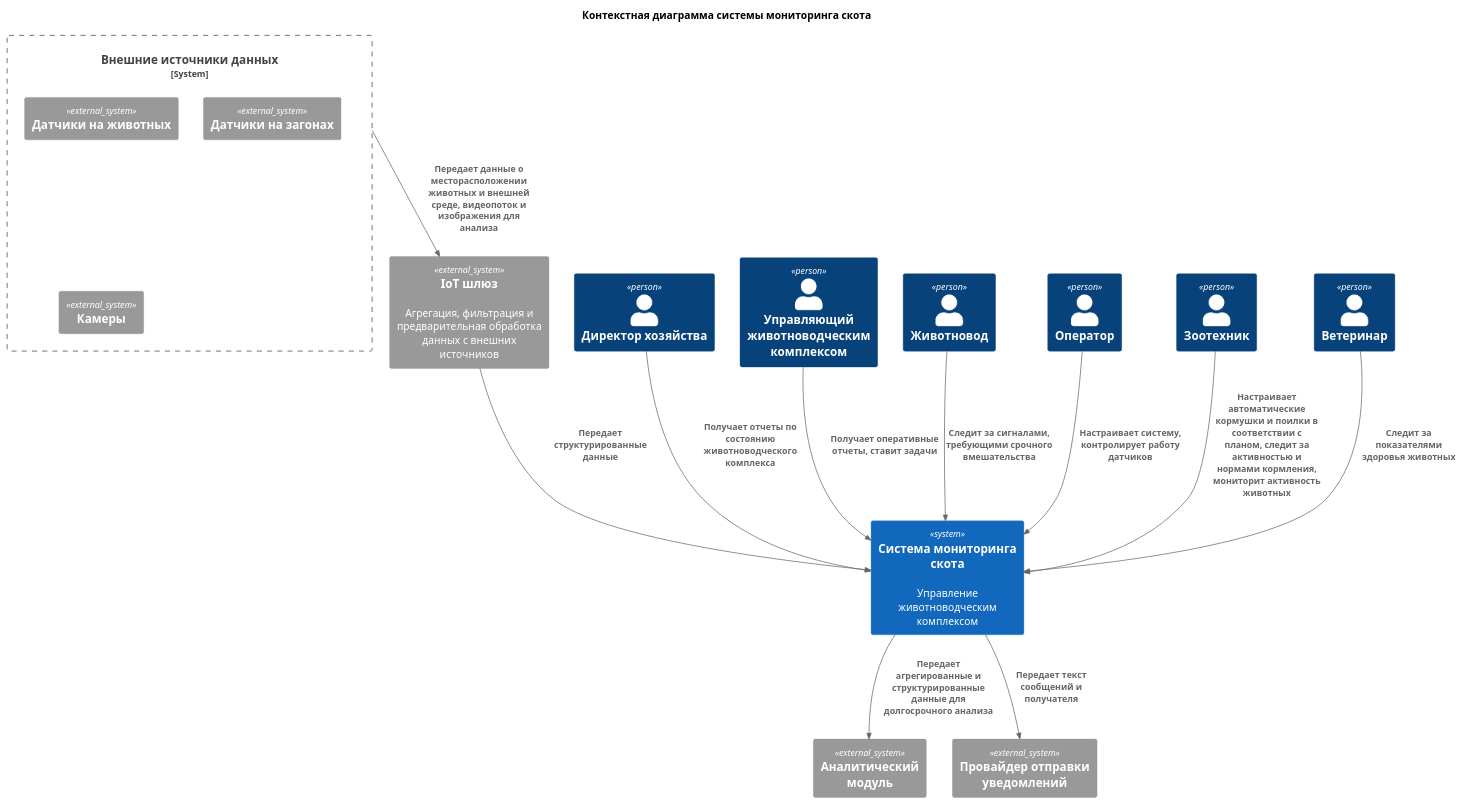
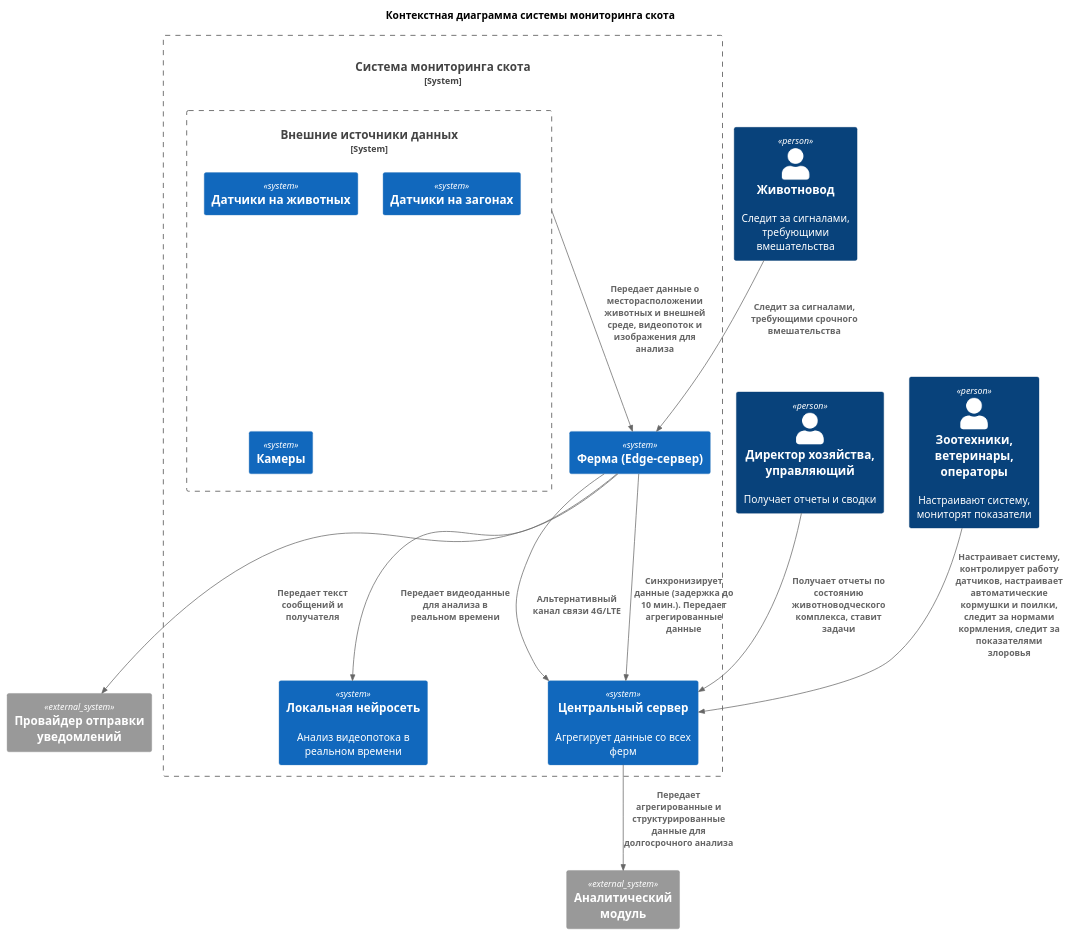
Before and after one commit to kmalkova94/MSA-AgroTech: the diagram in Task1/C1(alt).puml, drawn with PlantUML. The commit also changed 2 other files, not shown here.

Commit message:
update context diagrams

```diff
--- a/Task1/C1(alt).puml
+++ b/Task1/C1(alt).puml
@@ -1,35 +1,35 @@
-@startuml Альтернативная контекстная диаграмма системы мониторинга скота
+@startuml Контекстная диаграмма системы мониторинга скота
 !include https://raw.githubusercontent.com/plantuml-stdlib/C4-PlantUML/master/C4_Container.puml
 
 title Контекстная диаграмма системы мониторинга скота
 
-Person(директор, "Директор хозяйства")
-Person(управляющий, "Управляющий животноводческим комплексом")
-Person(животновод, "Животновод")
-Person(оператор, "Оператор")
-Person(зоотехник, "Зоотехник")
-Person(ветеринар, "Ветеринар")
+Person(администратор, "Директор хозяйства, управляющий", "Получает отчеты и сводки")
+Person(менеджер, "Зоотехники, ветеринары, операторы", "Настраивают систему, мониторят показатели")
+Person(животновод, "Животновод", "Следит за сигналами, требующими вмешательства")
 
-System(PigMonitoringSystem, "Система мониторинга скота", "Управление животноводческим комплексом")
+System_Boundary(PigMonitoringSystem, "Система мониторинга скота", "Управление животноводческим комплексом") {
+    System(central, "Центральный сервер", "Агрегирует данные со всех ферм")
+    System(нейросеть, "Локальная нейросеть", "Анализ видеопотока в реальном времени")
+    System(farm, "Ферма (Edge-сервер)")
+    System_Boundary(iot, "Внешние источники данных"){
+        System(датчики_животные, "Датчики на животных")
+        System(датчики_загоны, "Датчики на загонах")
+        System(камеры, "Камеры")
+    }
+}
+
 System_Ext(аналитика, "Аналитический модуль")
 System_Ext(уведомления, "Провайдер отправки уведомлений")
-System_Boundary(iot, "Внешние источники данных"){
-    System_Ext(датчики_животные, "Датчики на животных")
-    System_Ext(датчики_загоны, "Датчики на загонах")
-    System_Ext(камеры, "Камеры")
-}
-System_Ext(iot_шлюз, "IoT шлюз", "Агрегация, фильтрация и предварительная обработка данных с внешних источников")
 
-Rel(директор, PigMonitoringSystem, "Получает отчеты по состоянию животноводческого комплекса")
-Rel(управляющий, PigMonitoringSystem, "Получает оперативные отчеты, ставит задачи")
-Rel(оператор, PigMonitoringSystem, "Настраивает систему, контролирует работу датчиков")
-Rel(зоотехник, PigMonitoringSystem, "Настраивает автоматические кормушки и поилки в соответствии с планом, следит за активностью и нормами кормления, мониторит активность животных")
-Rel(ветеринар, PigMonitoringSystem, "Следит за показателями здоровья животных")
-Rel(животновод, PigMonitoringSystem, "Следит за сигналами, требующими срочного вмешательства")
+Rel(администратор, central, "Получает отчеты по состоянию животноводческого комплекса, ставит задачи")
+Rel(менеджер, central, "Настраивает систему, контролирует работу датчиков, настраивает автоматические кормушки и поилки, следит за нормами кормления, следит за показателями злоровья")
+Rel(животновод, farm, "Следит за сигналами, требующими срочного вмешательства")
 
-Rel(iot, iot_шлюз, "Передает данные о месторасположении животных и внешней среде, видеопоток и изображения для анализа")
-Rel(iot_шлюз, PigMonitoringSystem, "Передает структурированные данные")
-Rel(PigMonitoringSystem, аналитика, "Передает агрегированные и структурированные данные для долгосрочного анализа")
-Rel(PigMonitoringSystem, уведомления, "Передает текст сообщений и получателя")
+Rel(iot, farm, "Передает данные о месторасположении животных и внешней среде, видеопоток и изображения для анализа")
+Rel(farm, central, "Синхронизирует данные (задержка до 10 мин.). Передает агрегированные данные")
+Rel(farm, central, "Альтернативный канал связи 4G/LTE")
+Rel(farm, нейросеть, "Передает видеоданные для анализа в реальном времени")
+Rel(central, аналитика, "Передает агрегированные и структурированные данные для долгосрочного анализа")
+Rel(farm, уведомления, "Передает текст сообщений и получателя")
 
 @enduml
```
